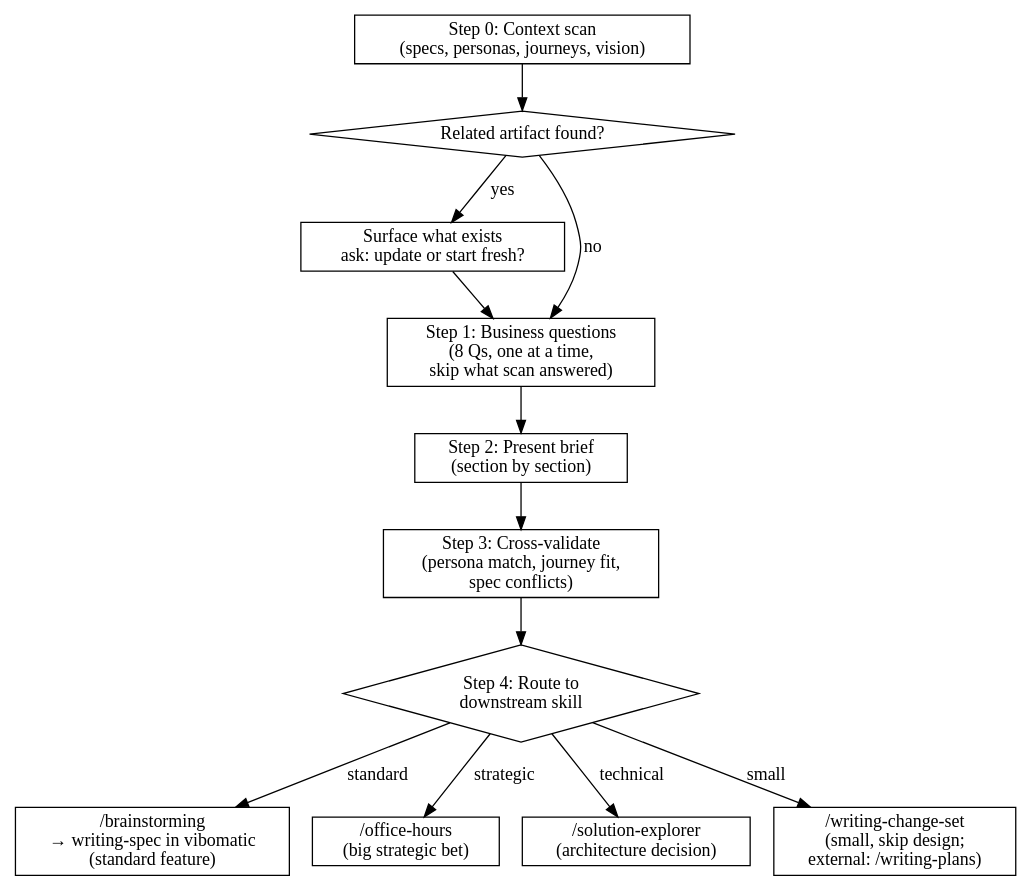
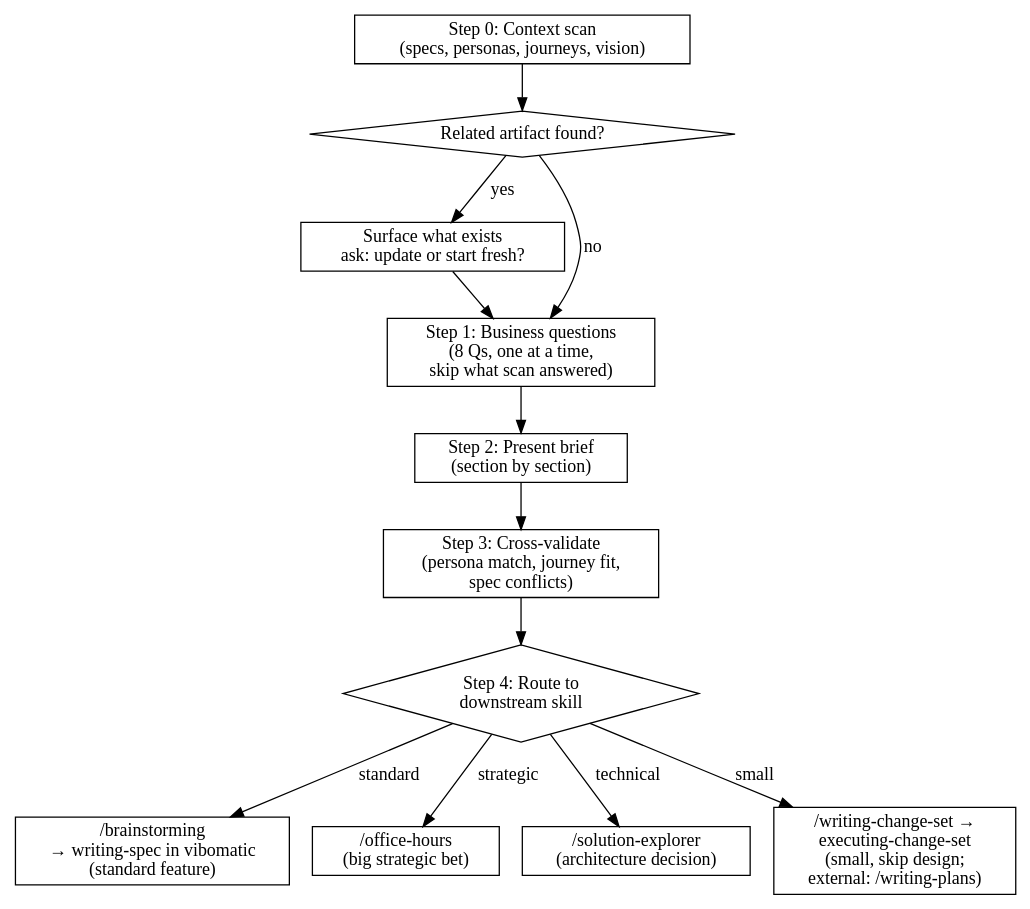
One commit to s7an-it/vibomatic changed the diagram in feature-discovery/SKILL.md. Above: the diagram before and after it, drawn with Graphviz. The commit also changed other lines of this file and 15 other files, not shown here.

````diff
--- a/feature-discovery/SKILL.md
+++ b/feature-discovery/SKILL.md
@@ -76,31 +76,31 @@
 ```dot
 digraph feature_discovery {
     rankdir=TB;
     node [shape=box];
 
     scan [label="Step 0: Context scan\n(specs, personas, journeys, vision)"];
     existing [label="Related artifact found?" shape=diamond];
     surface [label="Surface what exists\nask: update or start fresh?"];
     questions [label="Step 1: Business questions\n(8 Qs, one at a time,\nskip what scan answered)"];
     brief [label="Step 2: Present brief\n(section by section)"];
     crossval [label="Step 3: Cross-validate\n(persona match, journey fit,\nspec conflicts)"];
     route [label="Step 4: Route to\ndownstream skill" shape=diamond];
 
     brainstorm [label="/brainstorming\n→ writing-spec in vibomatic\n(standard feature)"];
     officehours [label="/office-hours\n(big strategic bet)"];
     explorer [label="/solution-explorer\n(architecture decision)"];
-    plans [label="/writing-change-set\n(small, skip design;\nexternal: /writing-plans)"];
+    plans [label="/writing-change-set →\nexecuting-change-set\n(small, skip design;\nexternal: /writing-plans)"];
 
     scan -> existing;
     existing -> surface [label="yes"];
     existing -> questions [label="no"];
     surface -> questions;
     questions -> brief;
     brief -> crossval;
     crossval -> route;
     route -> brainstorm [label="standard"];
     route -> officehours [label="strategic"];
     route -> explorer [label="technical"];
     route -> plans [label="small"];
 }
 ```
````
